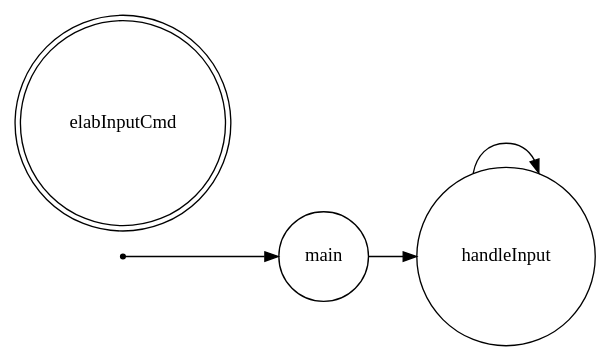
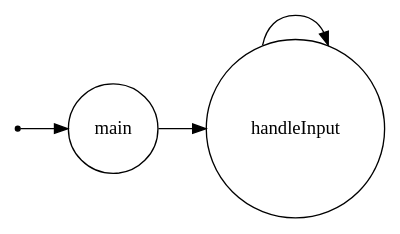
Before and after one commit to Diantha/TemaFinaleISS: the diagram in srcMore/it/unibo/qacmdexecutor/dotFsm.gv, drawn with Graphviz. The commit also changed 5 other files, not shown here.

```diff
--- a/srcMore/it/unibo/qacmdexecutor/dotFsm.gv
+++ b/srcMore/it/unibo/qacmdexecutor/dotFsm.gv
@@ -1,22 +1,22 @@
 /*
 *
 * A GraphViz DOT FSM description 
 * Please use a GraphViz visualizer (like http://www.webgraphviz.com)
 * 
 * Generated by AM,NC,RM
 *  
 */
  
 digraph finite_state_machine {
   	rankdir=LR;
   	size="8,5"
   	node [shape = point]; iniziale;
-  	node [shape = doublecircle]; elabInputCmd; 
+  	node [shape = doublecircle]; 
   	node [shape = circle];
   	iniziale -> main [label = ""];
   	
   	
   	main -> handleInput [ label = ""];
   	
   	handleInput -> handleInput [ label = ""];
 }
```
